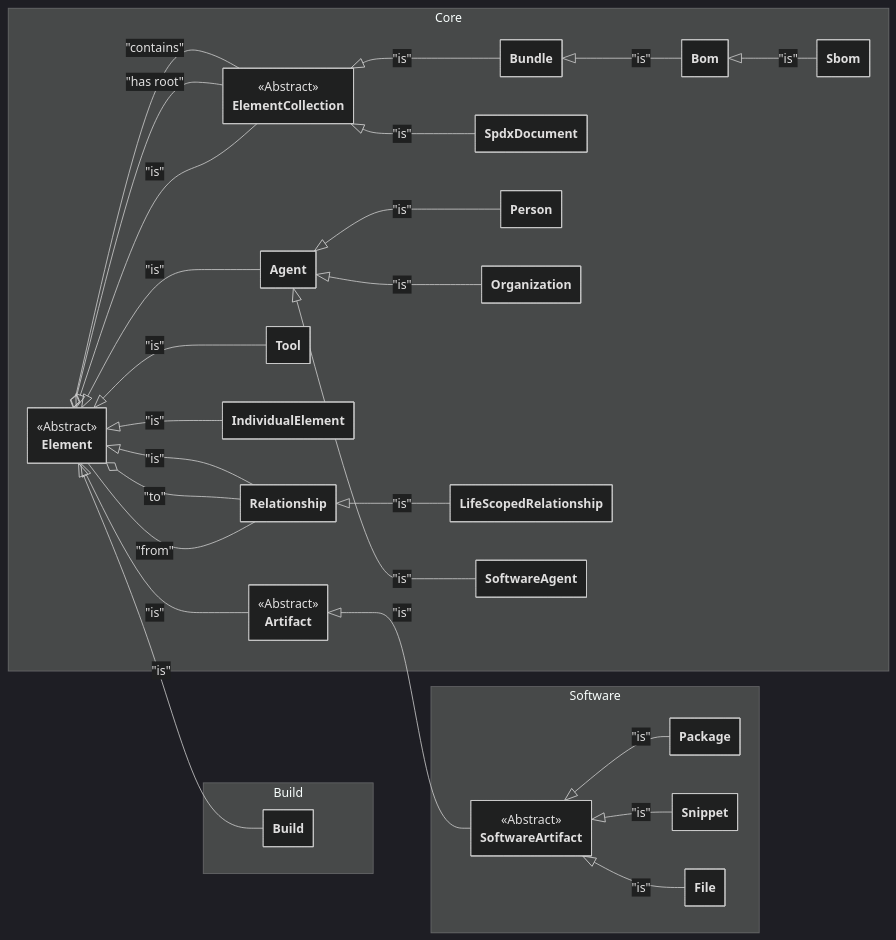
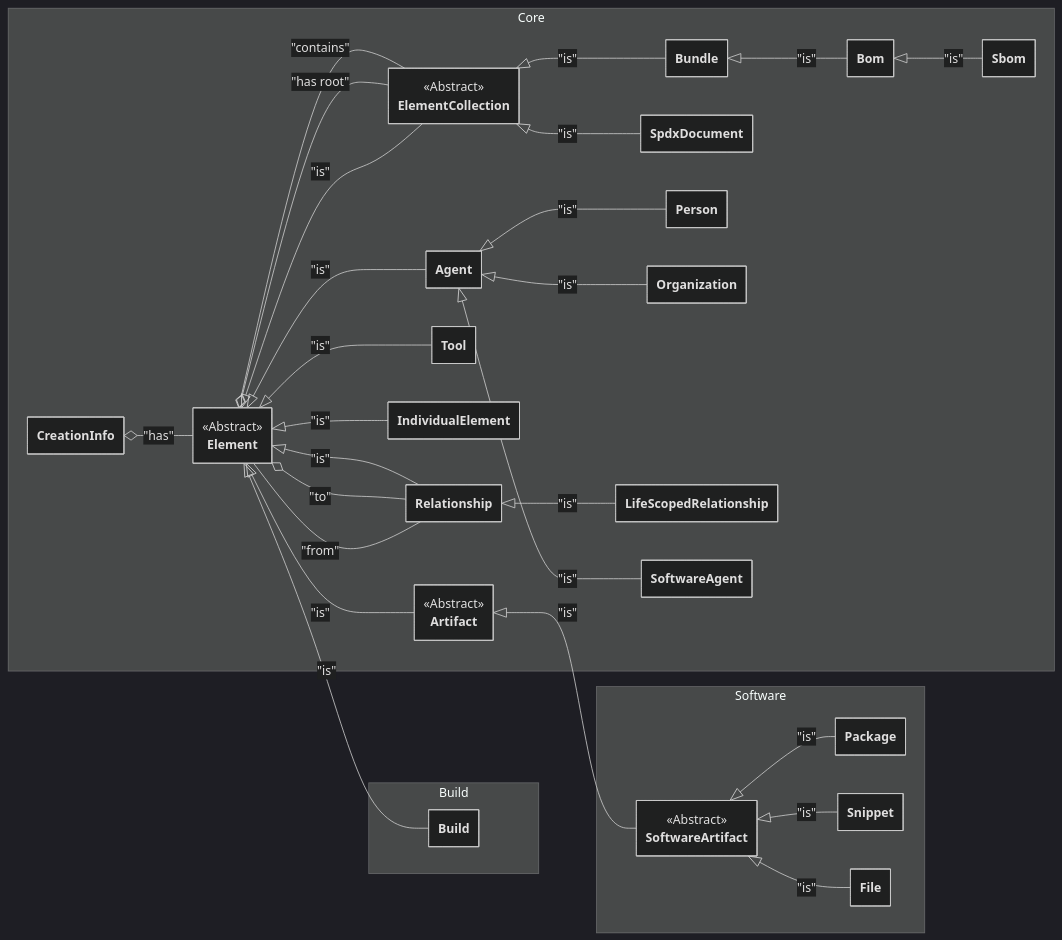
One commit to mharrah/Spdx3 changed the diagram in README.md. Above: the diagram before and after it, drawn with Mermaid (dark theme).

````diff
--- a/README.md
+++ b/README.md
@@ -38,74 +38,76 @@
 ```mermaid
 ---
   config:
     class:
       hideEmptyMembersBox: true
 ---
 classDiagram
 direction RL
 
 namespace Core {
     class ElementCollection {
         <<Abstract>>
     }
     class Element {
         <<Abstract>>
     }
     class Artifact {
         <<Abstract>>
     }
     class Bom { }
     class Bundle { }
     class SpdxDocument { }
     class Tool { }
     class IndividualElement { }
     class Agent { }
     class Person { }
     class Organization { }
     class LifeScopedRelationship { }
     class Relationship { }
     class SoftwareAgent { }
     class Sbom { }
+    class CreationInfo { }
 }
 
 Sbom --|> Bom : "is"
 Bom --|> Bundle : "is"
 Bundle --|> ElementCollection : "is"
 ElementCollection --o Element : "contains"
 ElementCollection --o Element : "has root"
 ElementCollection --|> Element : "is"
 SpdxDocument --|> ElementCollection : "is"
 Artifact --|> Element : "is"        
 Tool --|> Element : "is"        
 IndividualElement --|> Element : "is"        
 Agent --|> Element : "is"        
 Person --|> Agent : "is"    
 Organization --|> Agent : "is"    
 SoftwareAgent --|> Agent : "is"  
 Relationship --|> Element : "is"
 Relationship --o Element : "to"
 Relationship -- Element : "from"
 LifeScopedRelationship --|> Relationship : "is"
+Element --o CreationInfo : "has" 
 
 
 namespace Software {
     class SoftwareArtifact {
         <<Abstract>>
     }
     class Package { }
     class Snippet { }
     class File { }
 }
 
 SoftwareArtifact --|> Artifact : "is"
 Package --|> SoftwareArtifact : "is"
 File --|> SoftwareArtifact : "is"
 Snippet --|> SoftwareArtifact : "is"
 
 namespace Build {
     class BuildClass["Build"]  {  } 
 }
 
 BuildClass --|> Element : "is"
 
 ```
````
